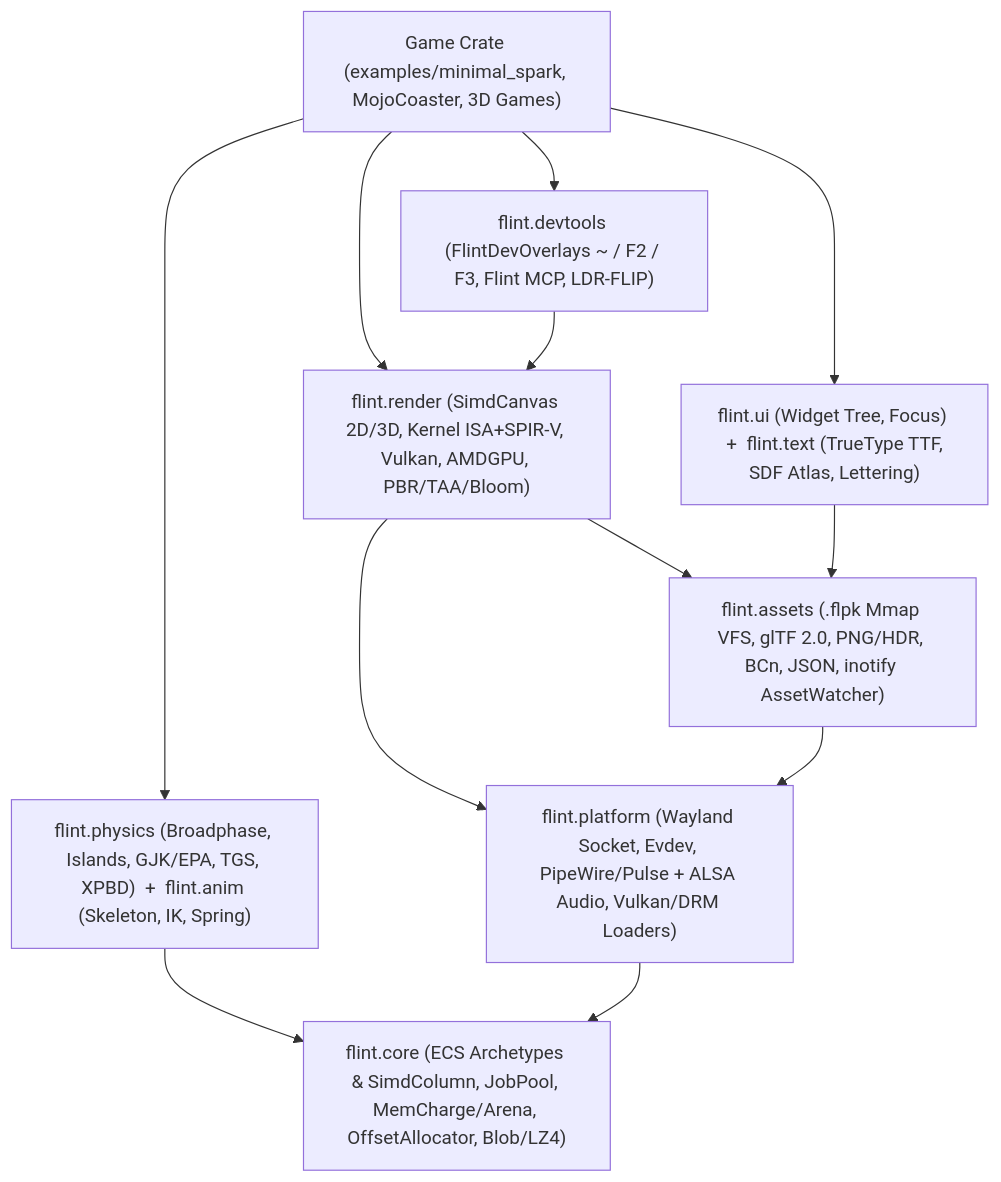
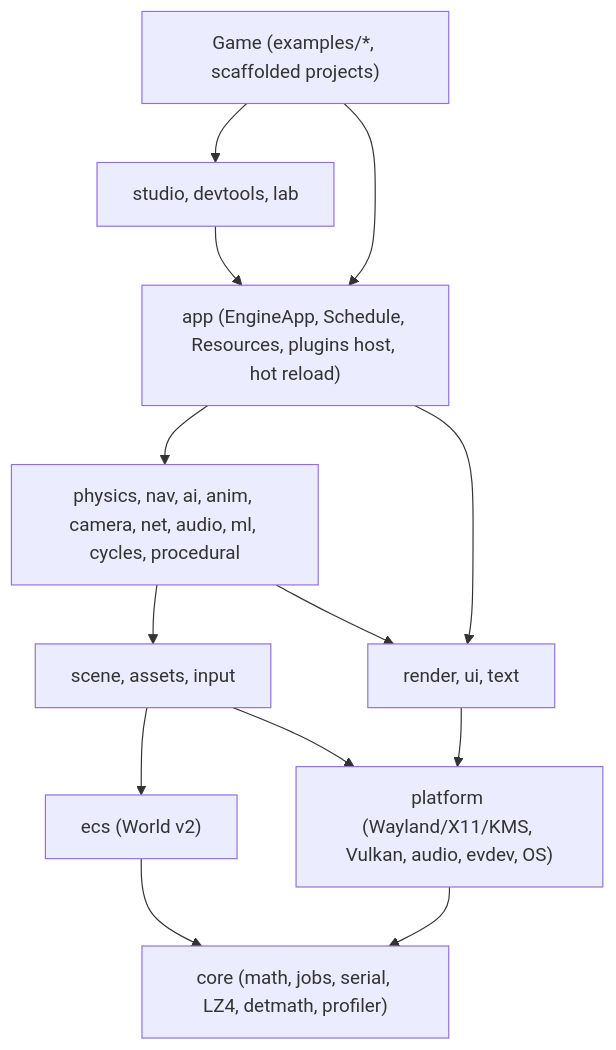
The diagram in docs/ARCHITECTURE.md (sabelg/flint), drawn with Mermaid before and after one commit. The commit also changed other lines of this file and 8 other files, not shown here.

````diff
--- a/docs/ARCHITECTURE.md
+++ b/docs/ARCHITECTURE.md
@@ -18,23 +31,19 @@
 ```mermaid
 flowchart TD
-    Game["Game Crate (examples/minimal_spark, MojoCoaster, 3D Games)"]
-    Dev["flint.devtools (FlintDevOverlays ~ / F2 / F3, Flint MCP, LDR-FLIP)"]
-    Render["flint.render (SimdCanvas 2D/3D, Kernel ISA+SPIR-V, Vulkan, AMDGPU, PBR/TAA/Bloom)"]
-    Sim["flint.physics (Broadphase, Islands, GJK/EPA, TGS, XPBD)  +  flint.anim (Skeleton, IK, Spring)"]
-    UI["flint.ui (Widget Tree, Focus)  +  flint.text (TrueType TTF, SDF Atlas, Lettering)"]
-    Assets["flint.assets (.flpk Mmap VFS, glTF 2.0, PNG/HDR, BCn, JSON, inotify AssetWatcher)"]
-    Plat["flint.platform (Wayland Socket, Evdev, PipeWire/Pulse + ALSA Audio, Vulkan/DRM Loaders)"]
-    Core["flint.core (ECS Archetypes & SimdColumn, JobPool, MemCharge/Arena, OffsetAllocator, Blob/LZ4)"]
+    Game["Game (examples/*, scaffolded projects)"]
+    Studio["studio, devtools, lab"]
+    App["app (EngineApp, Schedule, Resources, plugins host, hot reload)"]
+    Gameplay["physics, nav, ai, anim, camera, net, audio, ml, cycles, procedural"]
+    Present["render, ui, text"]
+    Data["scene, assets, input"]
+    ECS["ecs (World v2)"]
+    Core["core (math, jobs, serial, LZ4, detmath, profiler)"]
+    Plat["platform (Wayland/X11/KMS, Vulkan, audio, evdev, OS)"]
 
-    Game --> Dev
-    Game --> Render
-    Game --> Sim
-    Game --> UI
-    Dev --> Render
-    Render --> Assets
-    Render --> Plat
-    UI --> Assets
-    Assets --> Plat
-    Sim --> Core
-    Plat --> Core
+    Game --> Studio --> App
+    Game --> App
+    App --> Gameplay --> Data --> ECS --> Core
+    App --> Present --> Plat
+    Gameplay --> Present
+    Data --> Plat --> Core
 ```
````
